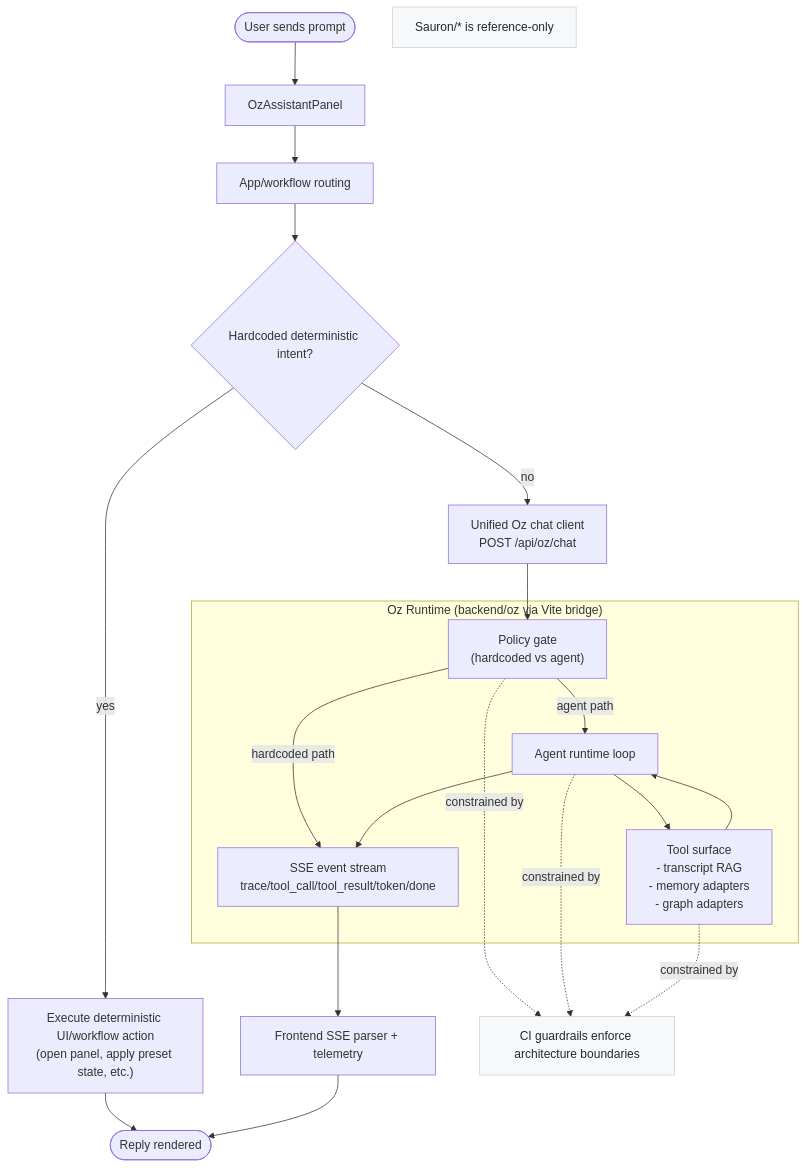
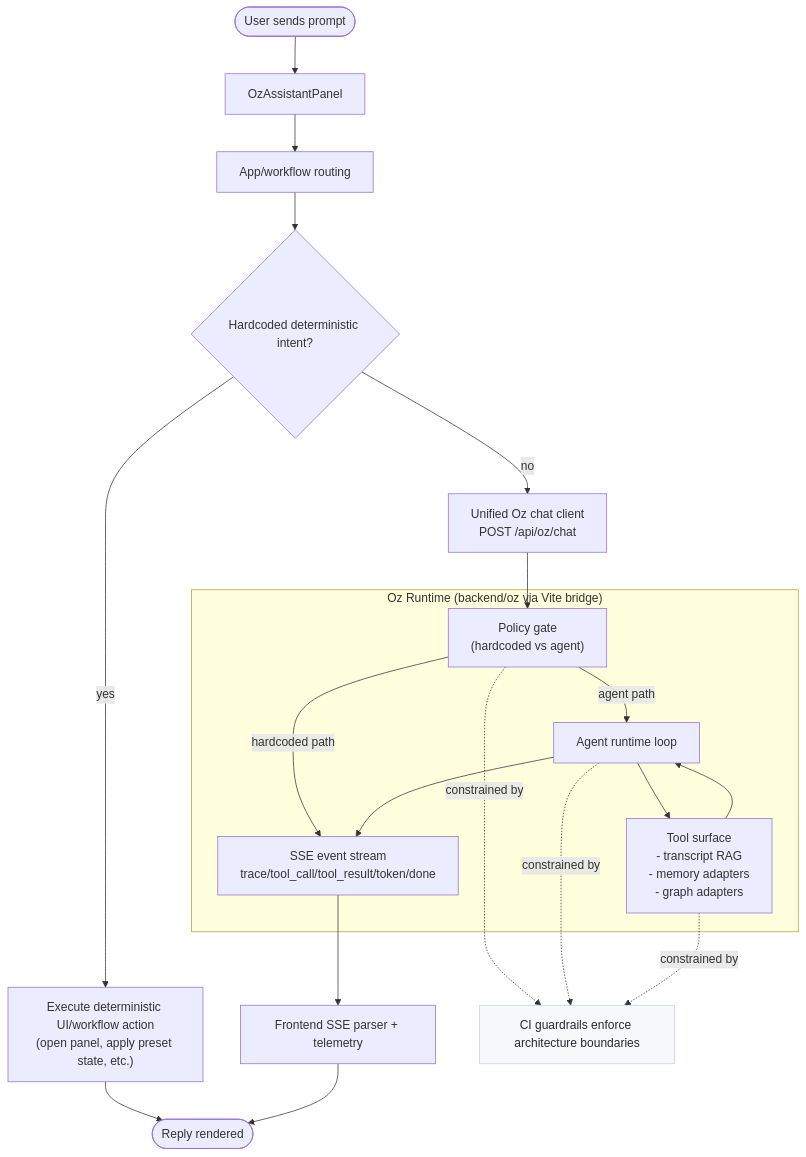
The diagram in docs/oz-new-chat-flow-diagram.md (jacobk-endeavor/oz_demo), drawn with Mermaid before and after one commit. The commit also changed other lines of this file and 16 other files, not shown here.

````diff
--- a/docs/oz-new-chat-flow-diagram.md
+++ b/docs/oz-new-chat-flow-diagram.md
@@ -7,37 +7,36 @@
 ```mermaid
 flowchart TD
   A([User sends prompt]) --> B["OzAssistantPanel"]
   B --> C["App/workflow routing"]
 
   C --> D{"Hardcoded deterministic intent?"}
   D -->|yes| E["Execute deterministic UI/workflow action\n(open panel, apply preset state, etc.)"]
   E --> Z([Reply rendered])
 
   D -->|no| F["Unified Oz chat client\nPOST /api/oz/chat"]
 
   subgraph OZAPI["Oz Runtime (backend/oz via Vite bridge)"]
     G["Policy gate\n(hardcoded vs agent)"]
     H["Agent runtime loop"]
     I["Tool surface\n- transcript RAG\n- memory adapters\n- graph adapters"]
     J["SSE event stream\ntrace/tool_call/tool_result/token/done"]
   end
 
   F --> G
   G -->|hardcoded path| J
   G -->|agent path| H
   H --> I
   I --> H
   H --> J
 
   J --> K["Frontend SSE parser + telemetry"]
   K --> Z
 
   %% Constraints
-  L["Sauron/* is reference-only"]:::note
   M["CI guardrails enforce architecture boundaries"]:::note
   G -. constrained by .-> M
   H -. constrained by .-> M
   I -. constrained by .-> M
 
   classDef note fill:#f6f8fa,stroke:#c9d1d9,color:#24292f;
 ```
````
